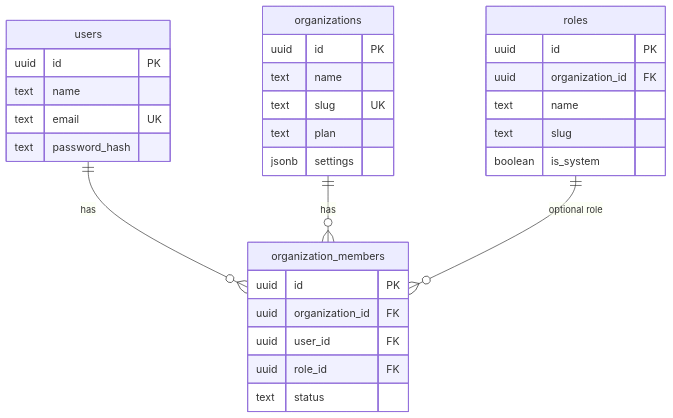
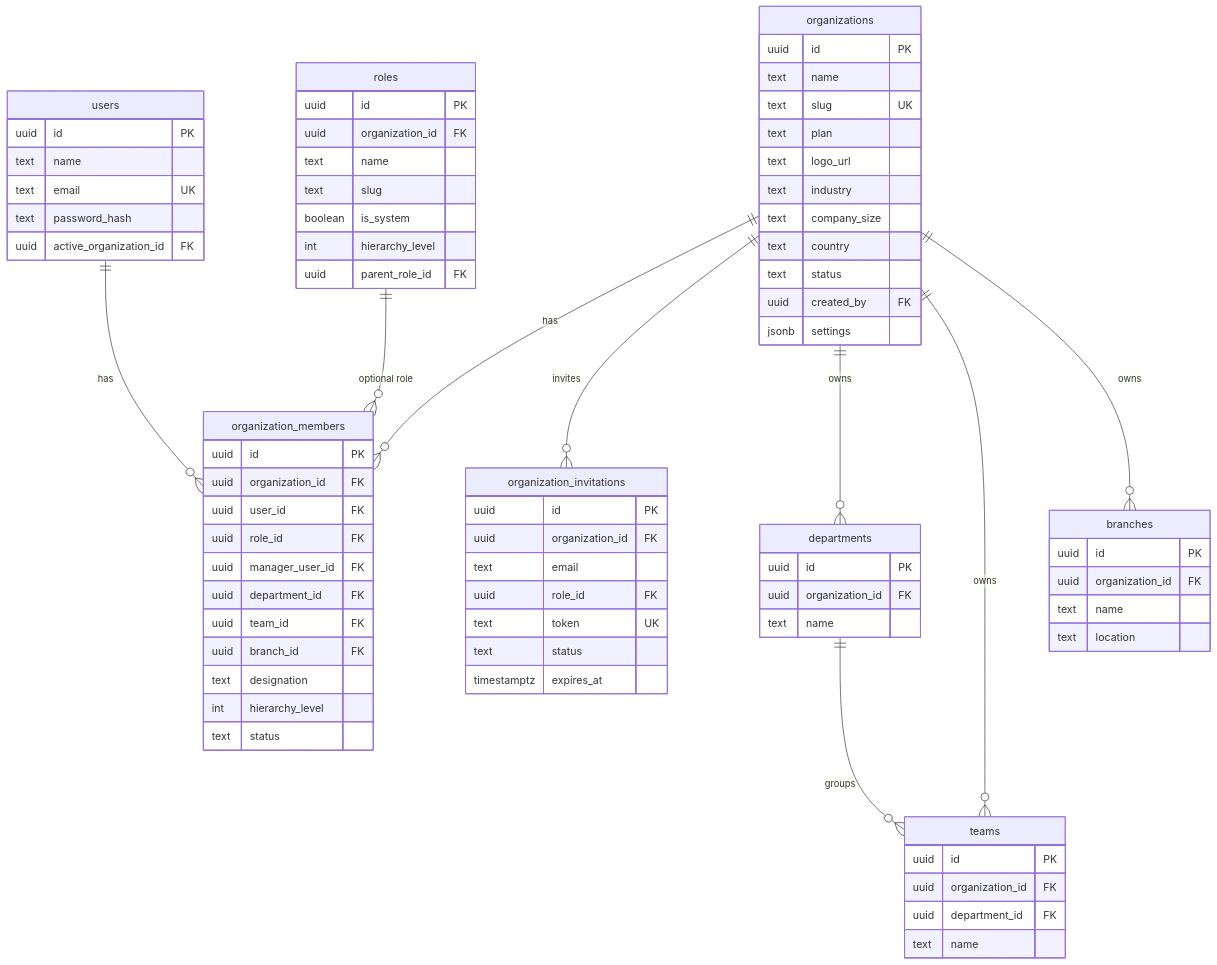
Before and after one commit to abhinavkumar03/crm-lite: the first of 6 diagrams in docs/erd.md, drawn with Mermaid. The commit also changed other lines of this file and 109 other files, not shown here.

````diff
--- a/docs/erd.md
+++ b/docs/erd.md
@@ -8,34 +8,80 @@
 ```mermaid
 erDiagram
   users ||--o{ organization_members : has
   organizations ||--o{ organization_members : has
   roles ||--o{ organization_members : "optional role"
+  organizations ||--o{ organization_invitations : invites
+  organizations ||--o{ departments : owns
+  organizations ||--o{ teams : owns
+  organizations ||--o{ branches : owns
+  departments ||--o{ teams : groups
 
   users {
     uuid id PK
     text name
     text email UK
     text password_hash
+    uuid active_organization_id FK
   }
   organizations {
     uuid id PK
     text name
     text slug UK
     text plan
+    text logo_url
+    text industry
+    text company_size
+    text country
+    text status
+    uuid created_by FK
     jsonb settings
   }
   organization_members {
     uuid id PK
     uuid organization_id FK
     uuid user_id FK
     uuid role_id FK
+    uuid manager_user_id FK
+    uuid department_id FK
+    uuid team_id FK
+    uuid branch_id FK
+    text designation
+    int hierarchy_level
     text status
+  }
+  organization_invitations {
+    uuid id PK
+    uuid organization_id FK
+    text email
+    uuid role_id FK
+    text token UK
+    text status
+    timestamptz expires_at
+  }
+  departments {
+    uuid id PK
+    uuid organization_id FK
+    text name
+  }
+  teams {
+    uuid id PK
+    uuid organization_id FK
+    uuid department_id FK
+    text name
+  }
+  branches {
+    uuid id PK
+    uuid organization_id FK
+    text name
+    text location
   }
   roles {
     uuid id PK
     uuid organization_id FK
     text name
     text slug
     boolean is_system
+    int hierarchy_level
+    uuid parent_role_id FK
   }
 ```
````
